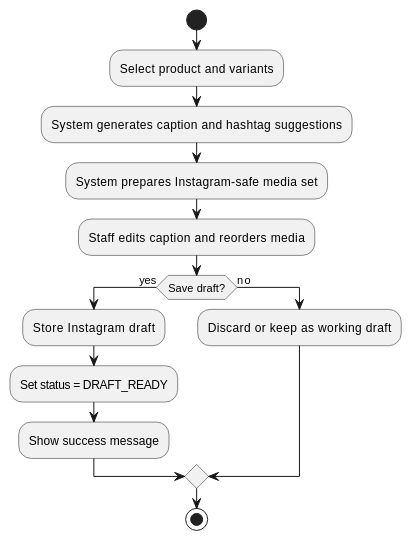
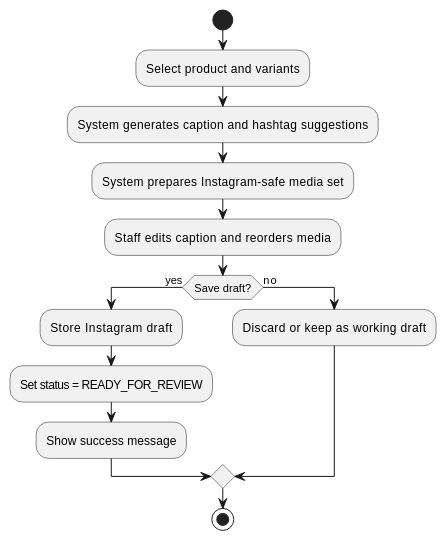
Diagram 11 of 27 in docs/10.SRS/SESHOP SRS.md (dieuxuanhien/SeShop), drawn with PlantUML before and after one commit. The commit also changed other lines of this file and 23 other files, not shown here.

````diff
--- a/docs/10.SRS/SESHOP SRS.md
+++ b/docs/10.SRS/SESHOP SRS.md
@@ -572,17 +571,17 @@
 ```plantuml
 @startuml
 start
 :Select product and variants;
 :System generates caption and hashtag suggestions;
 :System prepares Instagram-safe media set;
 :Staff edits caption and reorders media;
 if (Save draft?) then (yes)
   :Store Instagram draft;
-  :Set status = DRAFT_READY;
+  :Set status = READY_FOR_REVIEW;
   :Show success message;
 else (no)
   :Discard or keep as working draft;
 endif
 stop
 @enduml
 ```
````
